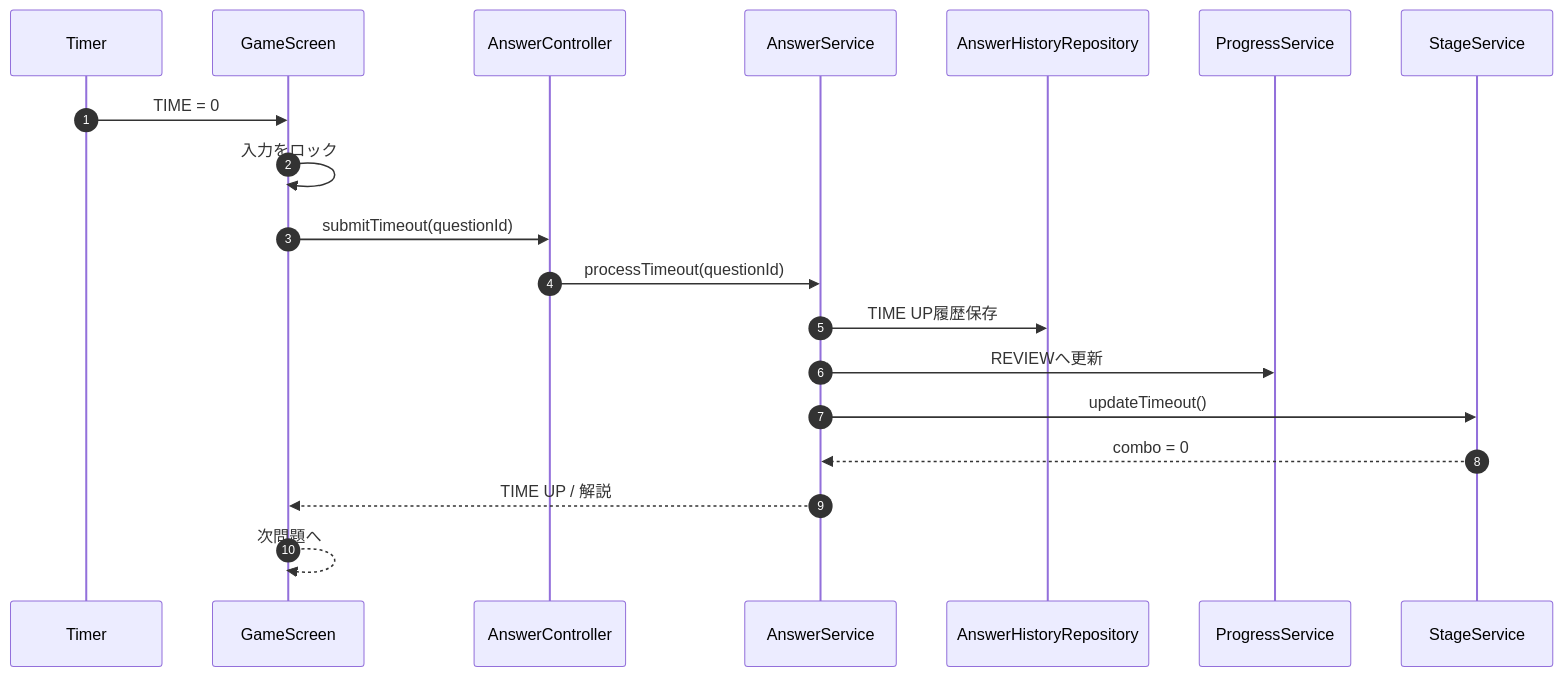
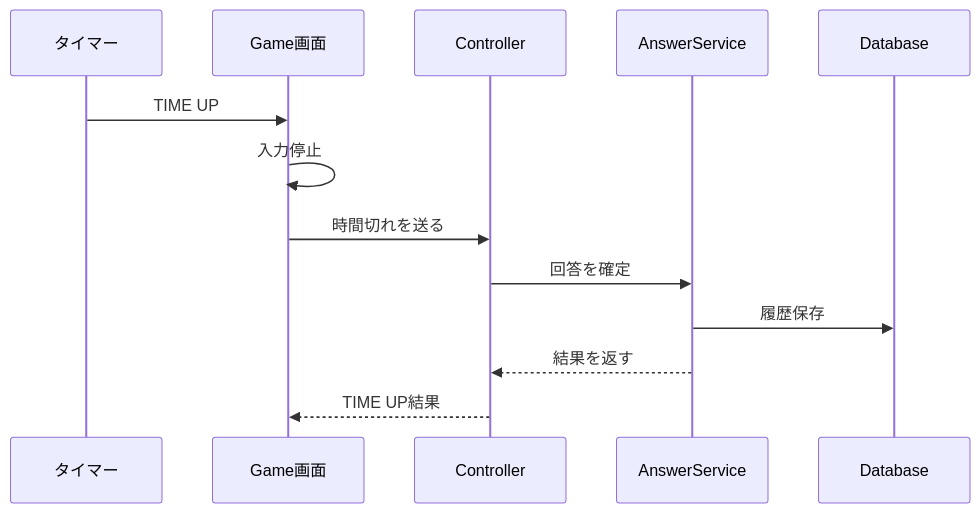
The seventh of 9 diagrams in README.md (suu-dev-0203/graduation_JAVAgame), drawn with Mermaid before and after one commit. The commit also changed other lines of this file, not shown here.

````diff
--- a/README.md
+++ b/README.md
@@ -2022,25 +850,16 @@
 ```mermaid
 sequenceDiagram
-    autonumber
+    participant Timer as タイマー
+    participant Screen as Game画面
+    participant API as Controller
+    participant Service as AnswerService
+    participant DB as Database
 
-    participant Timer as Timer
-    participant Game as GameScreen
-    participant Controller as AnswerController
-    participant Answer as AnswerService
-    participant History as AnswerHistoryRepository
-    participant Progress as ProgressService
-    participant Stage as StageService
-
-    Timer->>Game: TIME = 0
-    Game->>Game: 入力をロック
-    Game->>Controller: submitTimeout(questionId)
-
-    Controller->>Answer: processTimeout(questionId)
-    Answer->>History: TIME UP履歴保存
-    Answer->>Progress: REVIEWへ更新
-    Answer->>Stage: updateTimeout()
-    Stage-->>Answer: combo = 0
-
-    Answer-->>Game: TIME UP / 解説
-    Game-->>Game: 次問題へ
+    Timer->>Screen: TIME UP
+    Screen->>Screen: 入力停止
+    Screen->>API: 時間切れを送る
+    API->>Service: 回答を確定
+    Service->>DB: 履歴保存
+    Service-->>API: 結果を返す
+    API-->>Screen: TIME UP結果
 ```
````
